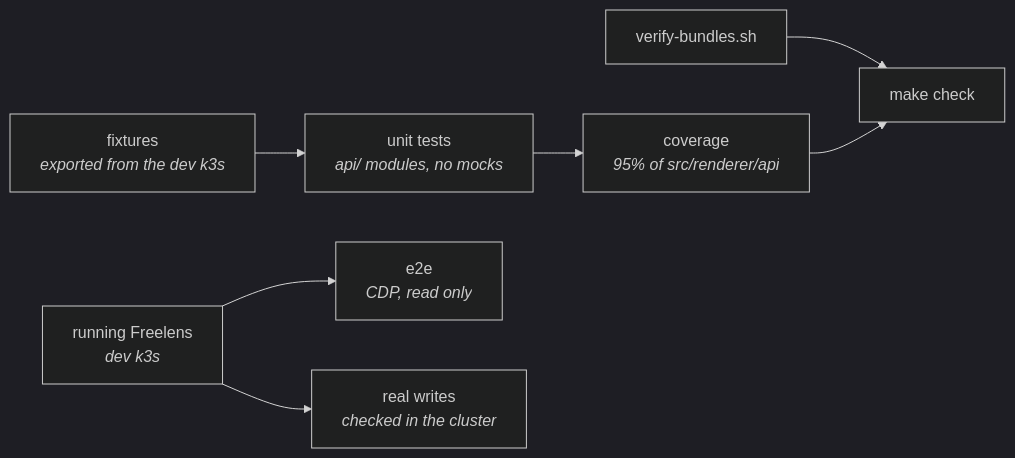
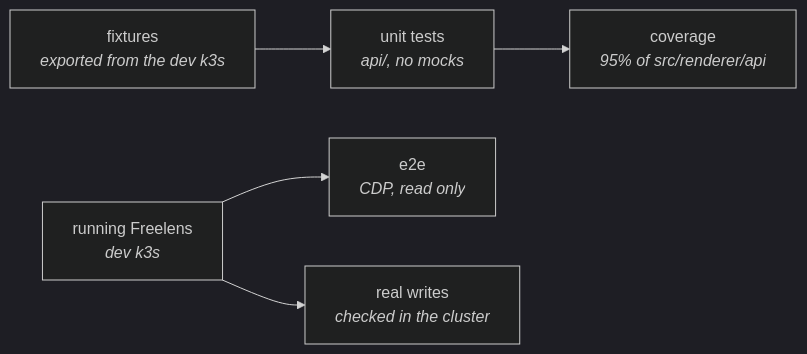
Before and after one commit to DiegoBulhoes/freelens-addons: the first of 3 diagrams in docs/testing.md, drawn with Mermaid (dark theme). The commit also changed other lines of this file and 6 other files, not shown here.

````diff
--- a/docs/testing.md
+++ b/docs/testing.md
@@ -21,9 +21,7 @@
 ```mermaid
 flowchart LR
-  F["fixtures<br/><i>exported from the dev k3s</i>"] --> U["unit tests<br/><i>api/ modules, no mocks</i>"]
+  F["fixtures<br/><i>exported from the dev k3s</i>"] --> U["unit tests<br/><i>api/, no mocks</i>"]
   U --> C["coverage<br/><i>95% of src/renderer/api</i>"]
   W["running Freelens<br/><i>dev k3s</i>"] --> E["e2e<br/><i>CDP, read only</i>"]
   W --> R["real writes<br/><i>checked in the cluster</i>"]
-  B["verify-bundles.sh"] --> X["make check"]
-  C --> X
 ```
````
